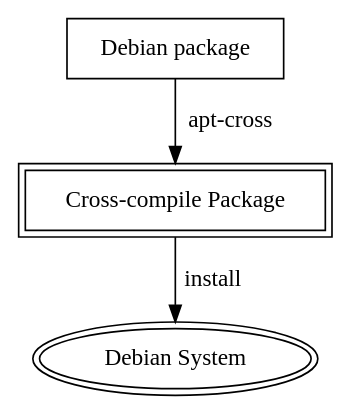
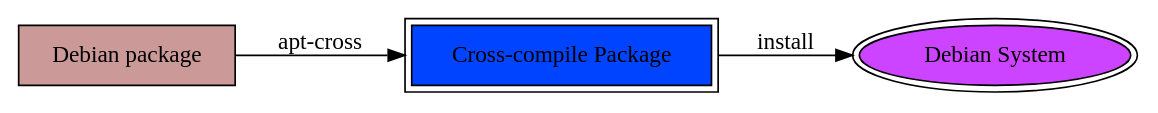
The diagram in image200709/apt-cross-e.dot (dancerj/monthly-report), drawn with Graphviz before and after one commit. The commit also changed 13 other files, not shown here.

```diff
--- a/image200709/apt-cross-e.dot
+++ b/image200709/apt-cross-e.dot
@@ -1,8 +1,11 @@
 digraph G {
-#graph [size = "2.3, 1.2", rankdir = LR];
+graph [rankdir = LR];
+node [shape = "ellipse"];
+"Debian package" [shape = "box" ,style = filled,fillcolor = "#CC9999"];
+"Cross-compile Package" [shape = "box" peripheries = 2, style = filled, fillcolor="#0044ff"];
+"Debian System" [peripheries = 2,style = filled, fillcolor="#CC44ff"];
 "Debian package" [shape = "box"];
 "Cross-compile Package" [shape = "box" peripheries = 2];
-"Debian System" [peripheries = 2];
 "Debian package" -> "Cross-compile Package" [shape = "ellipse", label = "apt-cross"];
 "Cross-compile Package" -> "Debian System" [ label = "install"];
 }
```
